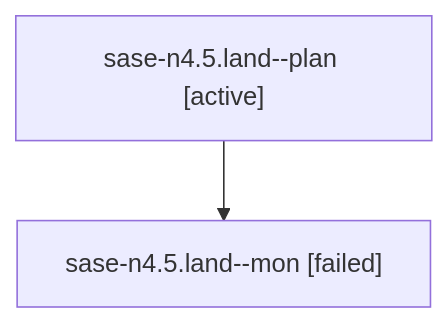
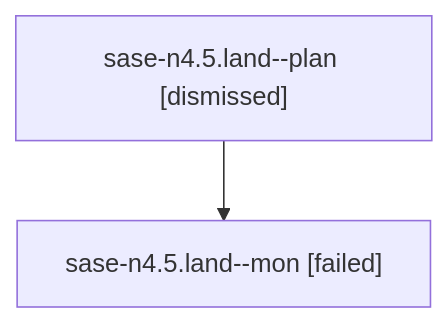
Before and after one commit to sase-org/sase--agents: the diagram in sessions/bbugyi200.athena.sase-n4.5.land.md, drawn with Mermaid. The commit also changed other lines of this file and 128 other files, not shown here.

````diff
--- a/sessions/bbugyi200.athena.sase-n4.5.land.md
+++ b/sessions/bbugyi200.athena.sase-n4.5.land.md
@@ -9,6 +9,6 @@
 ```mermaid
 flowchart TD
-  n0["sase-n4.5.land--plan [active]"]
+  n0["sase-n4.5.land--plan [dismissed]"]
   n1["sase-n4.5.land--mon [failed]"]
   n0 --> n1
 ```
````
